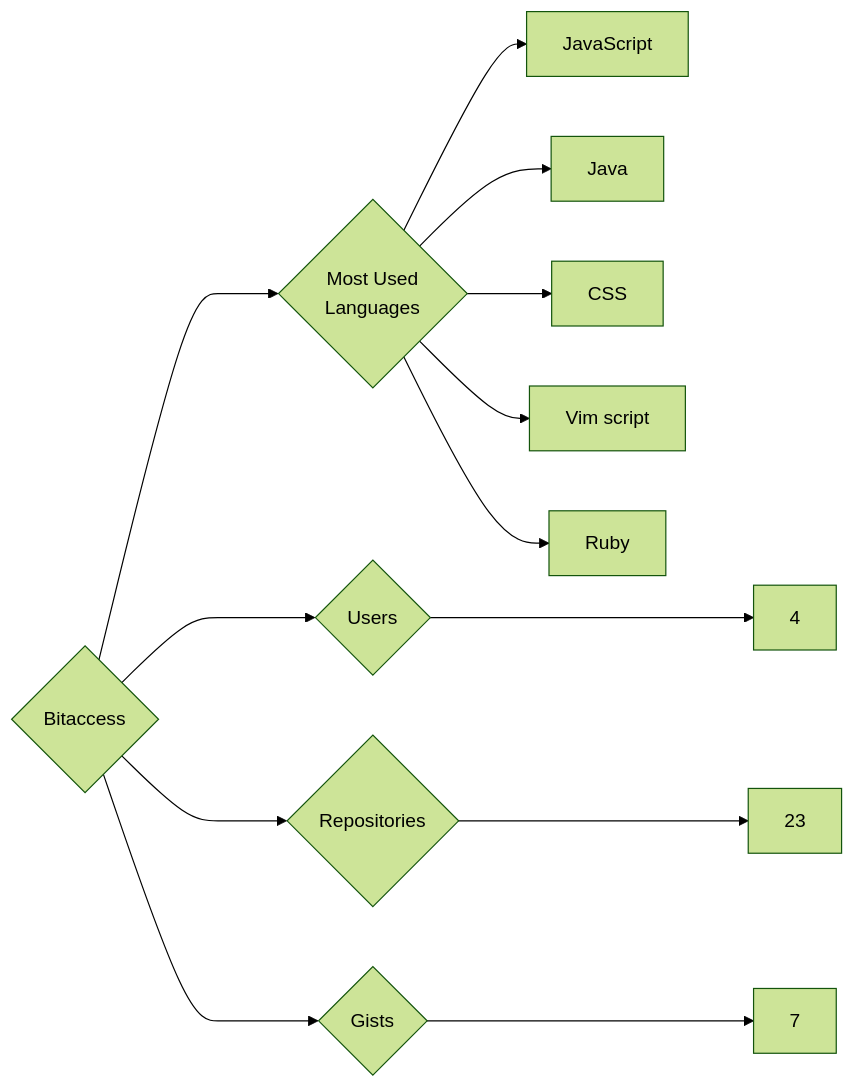
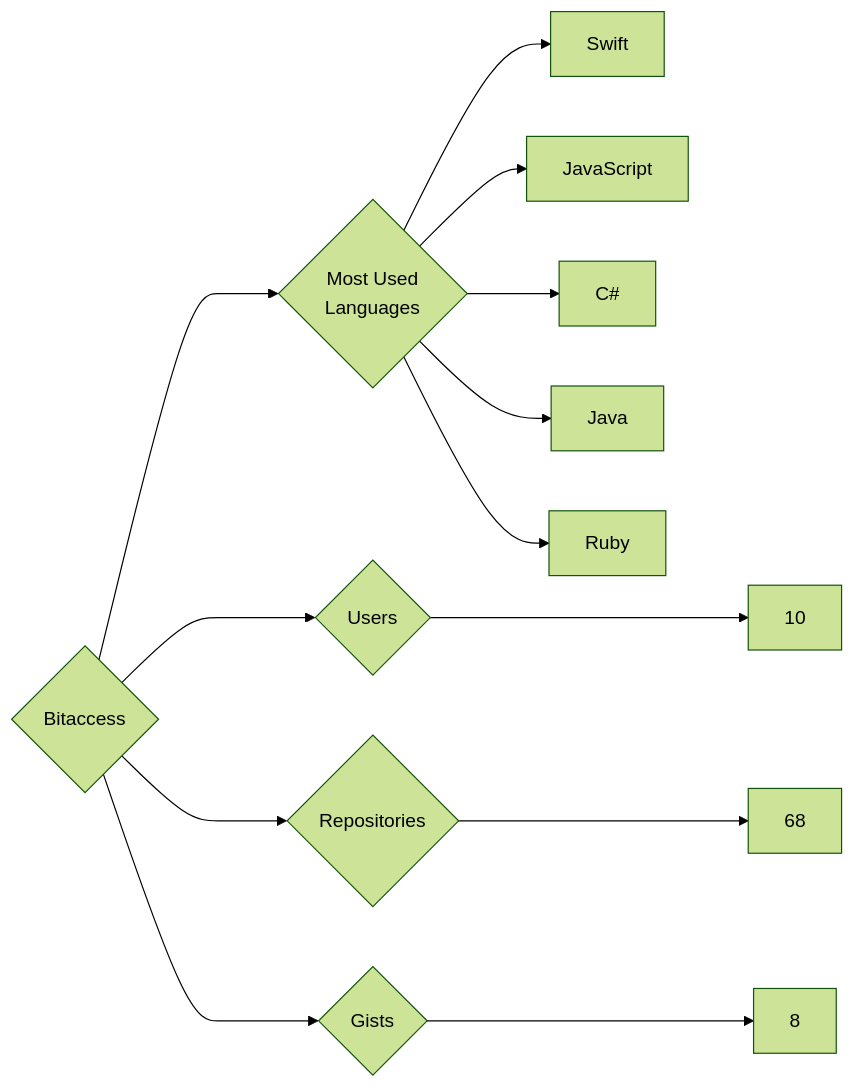
One commit to trickest/insiders changed the diagram in targets/Bitaccess/README.md. Above: the diagram before and after it, drawn with Mermaid (forest theme). The commit also changed 891 other files, not shown here.

````diff
--- a/targets/Bitaccess/README.md
+++ b/targets/Bitaccess/README.md
@@ -3,13 +3,13 @@
 ```mermaid
 graph LR
 COMPANY_NAME{Bitaccess}
-COMPANY_NAME ---> U{Users} ---> UN[4]
-COMPANY_NAME ---> R{Repositories} ---> RN[23]
-COMPANY_NAME ---> G{Gists} ---> GN[7]
+COMPANY_NAME ---> U{Users} ---> UN[10]
+COMPANY_NAME ---> R{Repositories} ---> RN[68]
+COMPANY_NAME ---> G{Gists} ---> GN[8]
 COMPANY_NAME ---> ML{Most Used<br>Languages}
+ML --> Swift[Swift]
 ML --> JavaScript[JavaScript]
+ML --> C#[C#]
 ML --> Java[Java]
-ML --> CSS[CSS]
-ML --> Vim_script[Vim script]
 ML --> Ruby[Ruby]
 ```
````
